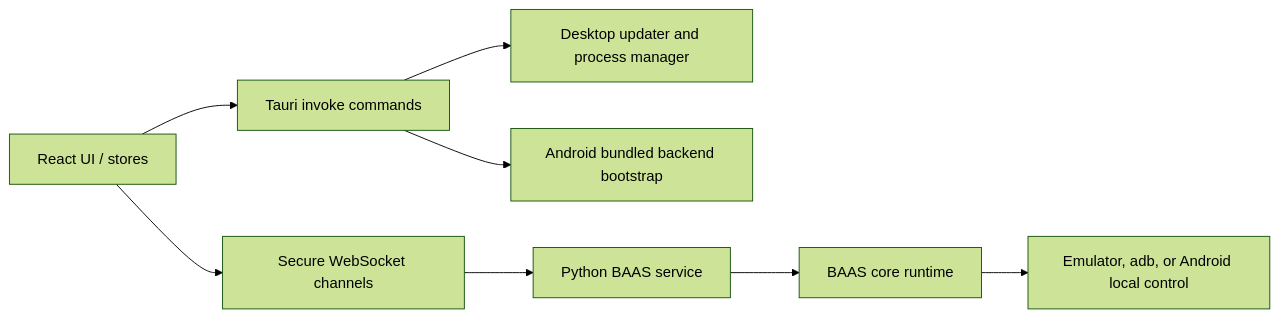
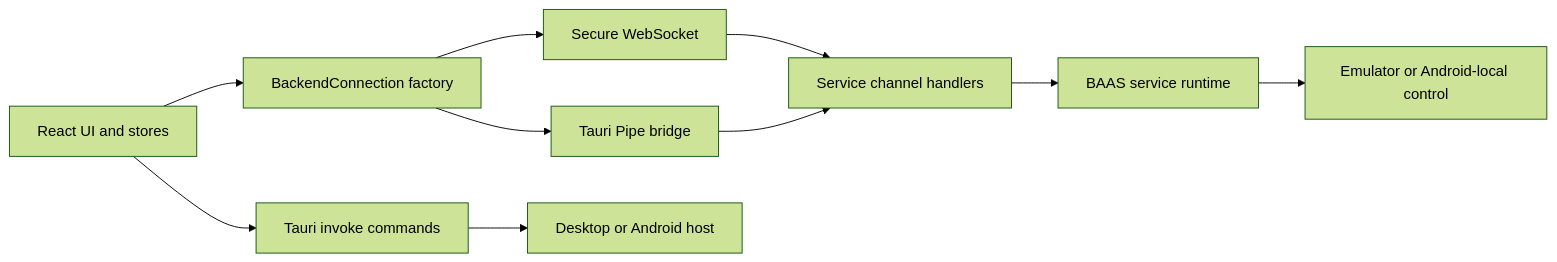
One commit to Kiramei/baas-tauri changed the diagram in docs/content/docs/en/api/overview.mdx. Above: the diagram before and after it, drawn with Mermaid (forest theme). The commit also changed other lines of this file and 16 other files, not shown here.

````diff
--- a/docs/content/docs/en/api/overview.mdx
+++ b/docs/content/docs/en/api/overview.mdx
@@ -10,10 +10,12 @@
 ```mermaid
 flowchart LR
-  UI["React UI / stores"] --> Invoke["Tauri invoke commands"]
-  UI --> WS["Secure WebSocket channels"]
-  Invoke --> Desktop["Desktop updater and process manager"]
-  Invoke --> Android["Android bundled backend bootstrap"]
-  WS --> Service["Python BAAS service"]
-  Service --> Runtime["BAAS core runtime"]
-  Runtime --> Device["Emulator, adb, or Android local control"]
+  UI["React UI and stores"] --> IPC["Tauri invoke commands"]
+  UI --> Factory["BackendConnection factory"]
+  Factory --> WS["Secure WebSocket"]
+  Factory --> Pipe["Tauri Pipe bridge"]
+  IPC --> Host["Desktop or Android host"]
+  WS --> Channels["Service channel handlers"]
+  Pipe --> Channels
+  Channels --> Runtime["BAAS service runtime"]
+  Runtime --> Device["Emulator or Android-local control"]
 ```
````
